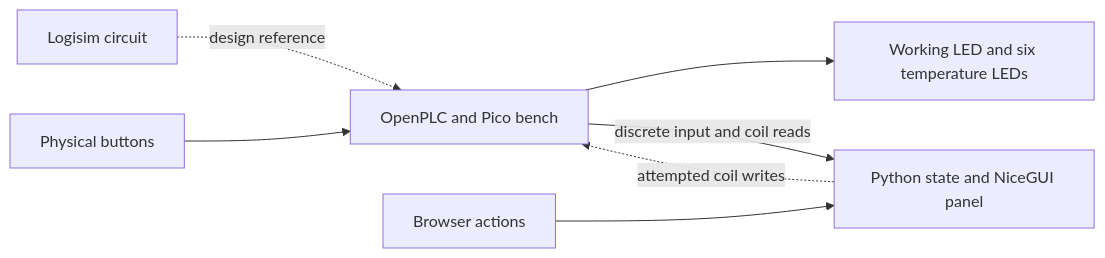
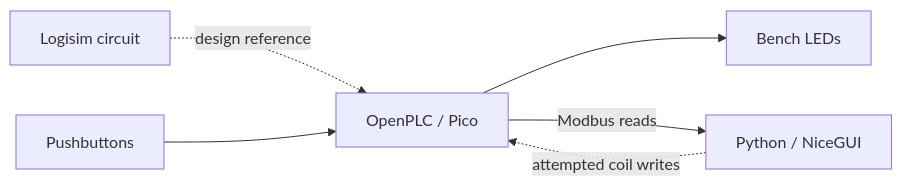
Before and after one commit to curtis2523/plc-boiler-control: the diagram in README.md, drawn with Mermaid. The commit also changed other lines of this file and 9 other files, not shown here.

````diff
--- a/README.md
+++ b/README.md
@@ -33,9 +27,7 @@
 ```mermaid
 flowchart LR
-    L["Logisim circuit"] -. "design reference" .-> P["OpenPLC and Pico bench"]
-    B["Physical buttons"] --> P
-    P --> D["Working LED and six temperature LEDs"]
-    P -- "discrete input and coil reads" --> H["Python state and NiceGUI panel"]
-    U["Browser actions"] --> H
-    H -. "attempted coil writes" .-> P
+    Circuit["Logisim circuit"] -. design reference .-> Pico["OpenPLC / Pico"]
+    Buttons["Pushbuttons"] --> Pico --> LEDs["Bench LEDs"]
+    Pico -->|Modbus reads| HMI["Python / NiceGUI"]
+    HMI -. attempted coil writes .-> Pico
 ```
````
